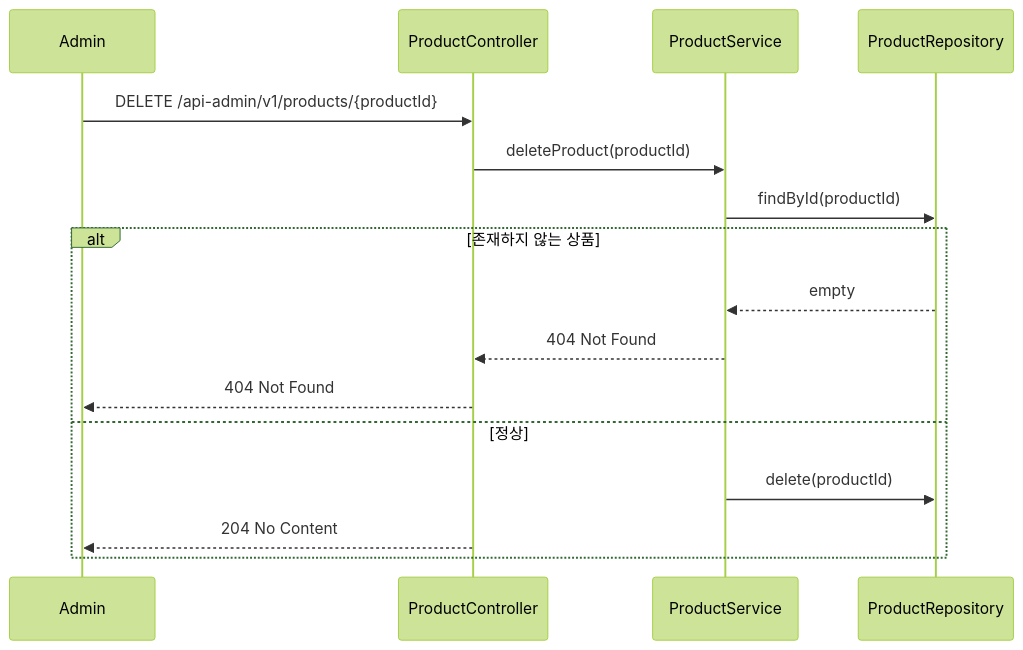
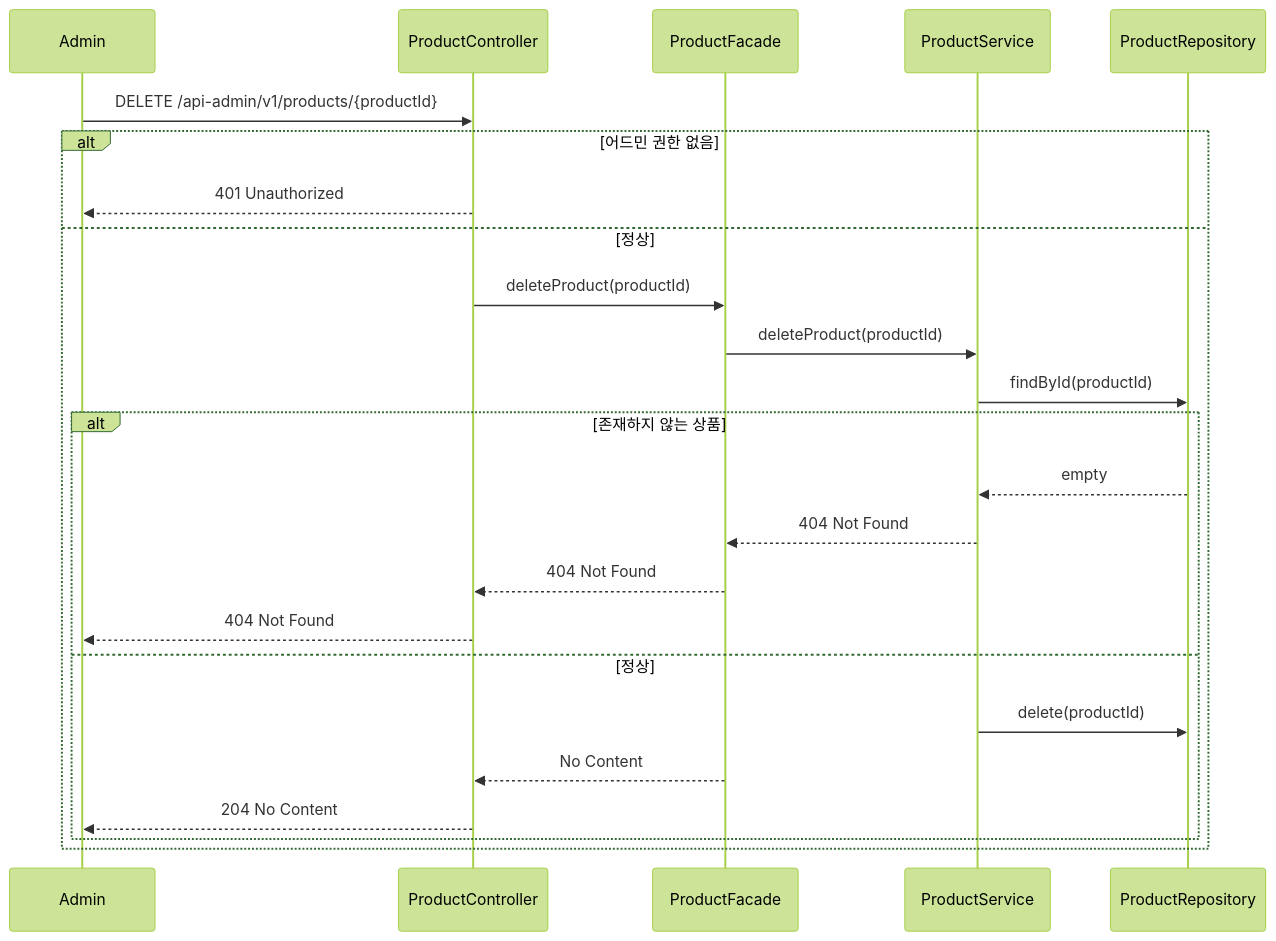
Diagram 15 of 33 in .docs/design/sequence-diagrams.md (loopers-labs/loop-pack-be-l2-vol4-java), drawn with Mermaid (forest theme) before and after one commit. The commit also changed other lines of this file, not shown here.

Commit message:
fix: 시퀀스 다이어그램 파사드 추가

````diff
--- a/.docs/design/sequence-diagrams.md
+++ b/.docs/design/sequence-diagrams.md
@@ -361,20 +428,27 @@
 ```mermaid
 sequenceDiagram
     participant Admin
     participant ProductController
+    participant ProductFacade
     participant ProductService
     participant ProductRepository
 
     Admin->>ProductController: DELETE /api-admin/v1/products/{productId}
-    ProductController->>ProductService: deleteProduct(productId)
-    ProductService->>ProductRepository: findById(productId)
-
-    alt 존재하지 않는 상품
-        ProductRepository-->>ProductService: empty
-        ProductService-->>ProductController: 404 Not Found
-        ProductController-->>Admin: 404 Not Found
+    alt 어드민 권한 없음
+        ProductController-->>Admin: 401 Unauthorized
     else 정상
-        ProductService->>ProductRepository: delete(productId)
-        ProductController-->>Admin: 204 No Content
+        ProductController->>ProductFacade: deleteProduct(productId)
+        ProductFacade->>ProductService: deleteProduct(productId)
+        ProductService->>ProductRepository: findById(productId)
+        alt 존재하지 않는 상품
+            ProductRepository-->>ProductService: empty
+            ProductService-->>ProductFacade: 404 Not Found
+            ProductFacade-->>ProductController: 404 Not Found
+            ProductController-->>Admin: 404 Not Found
+        else 정상
+            ProductService->>ProductRepository: delete(productId)
+            ProductFacade-->>ProductController: No Content
+            ProductController-->>Admin: 204 No Content
+        end
     end
 ```
````
